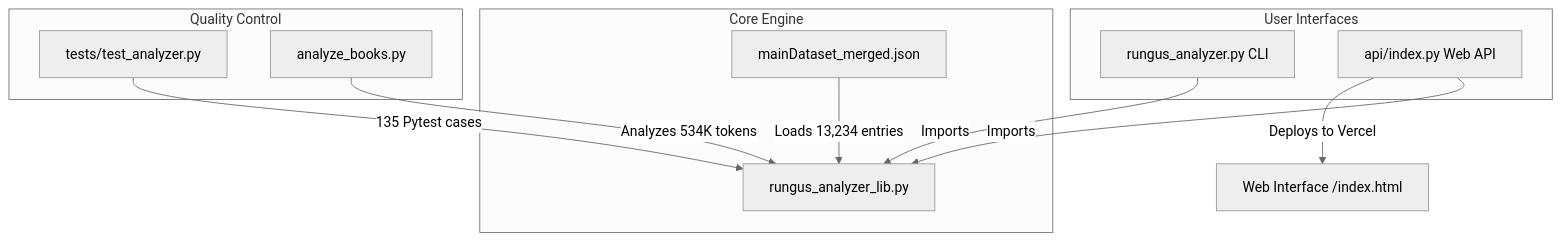
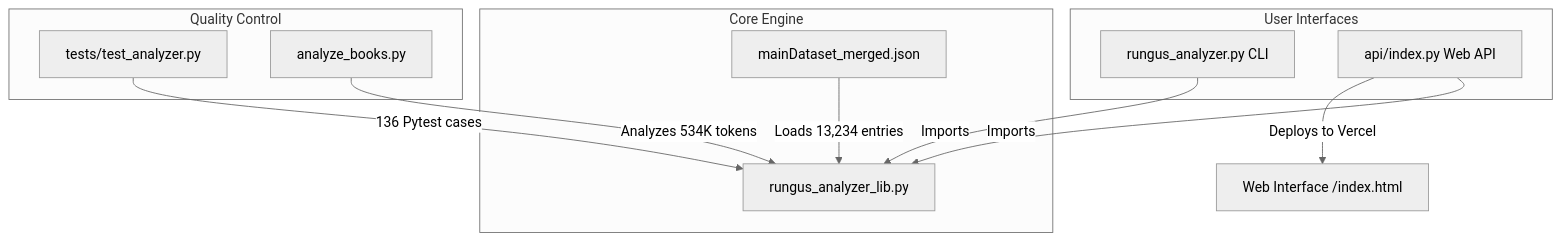
One commit to vellvient/RungusAnalyzer changed the diagram in README.md. Above: the diagram before and after it, drawn with Mermaid (neutral theme). The commit also changed other lines of this file and 2 other files, not shown here.

````diff
--- a/README.md
+++ b/README.md
@@ -27,19 +27,19 @@
 ```mermaid
 graph TD
     subgraph Core Engine
         Lib[rungus_analyzer_lib.py]
         Dict[mainDataset_merged.json] -->|Loads 13,234 entries| Lib
     end
 
     subgraph User Interfaces
         CLI[rungus_analyzer.py CLI] -->|Imports| Lib
         API[api/index.py Web API] -->|Imports| Lib
     end
 
     subgraph Quality Control
-        Tests[tests/test_analyzer.py] -->|135 Pytest cases| Lib
+        Tests[tests/test_analyzer.py] -->|136 Pytest cases| Lib
         Corpus[analyze_books.py] -->|Analyzes 534K tokens| Lib
     end
     
     API -->|Deploys to Vercel| Web[Web Interface /index.html]
 ```
````
